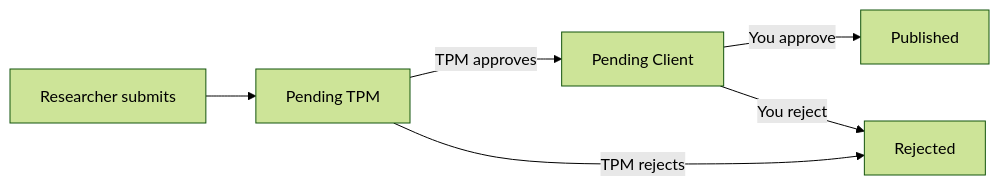
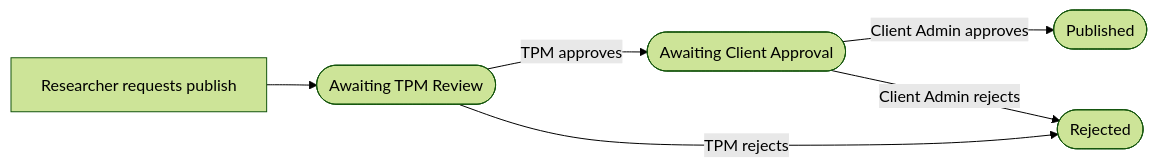
Before and after one commit to Securityboat/SB1-Knowladge-Base-: the diagram in docs/client/18-disclosure-requests.md, drawn with Mermaid (forest theme). The commit also changed other lines of this file and 181 other files, not shown here.

````diff
--- a/docs/client/18-disclosure-requests.md
+++ b/docs/client/18-disclosure-requests.md
@@ -16,8 +25,8 @@
 ```mermaid
-graph LR
-    A[Researcher submits] --> B[Pending TPM]
-    B -->|TPM approves| C[Pending Client]
-    B -->|TPM rejects| D[Rejected]
-    C -->|You approve| E[Published]
-    C -->|You reject| D
+flowchart LR
+    A[Researcher requests publish] --> B([Awaiting TPM Review])
+    B -->|TPM approves| C([Awaiting Client Approval])
+    B -->|TPM rejects| D([Rejected])
+    C -->|Client Admin approves| E([Published])
+    C -->|Client Admin rejects| D
 ```
````
